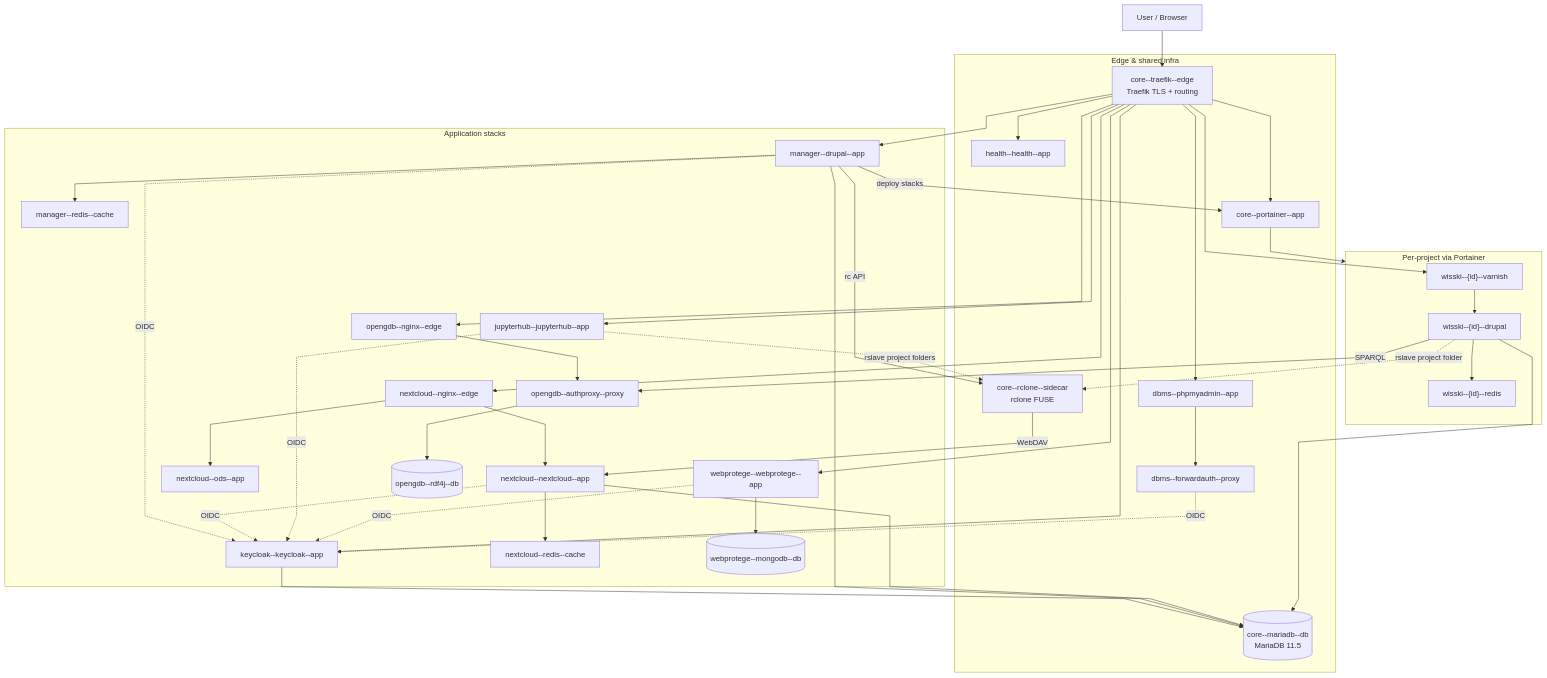
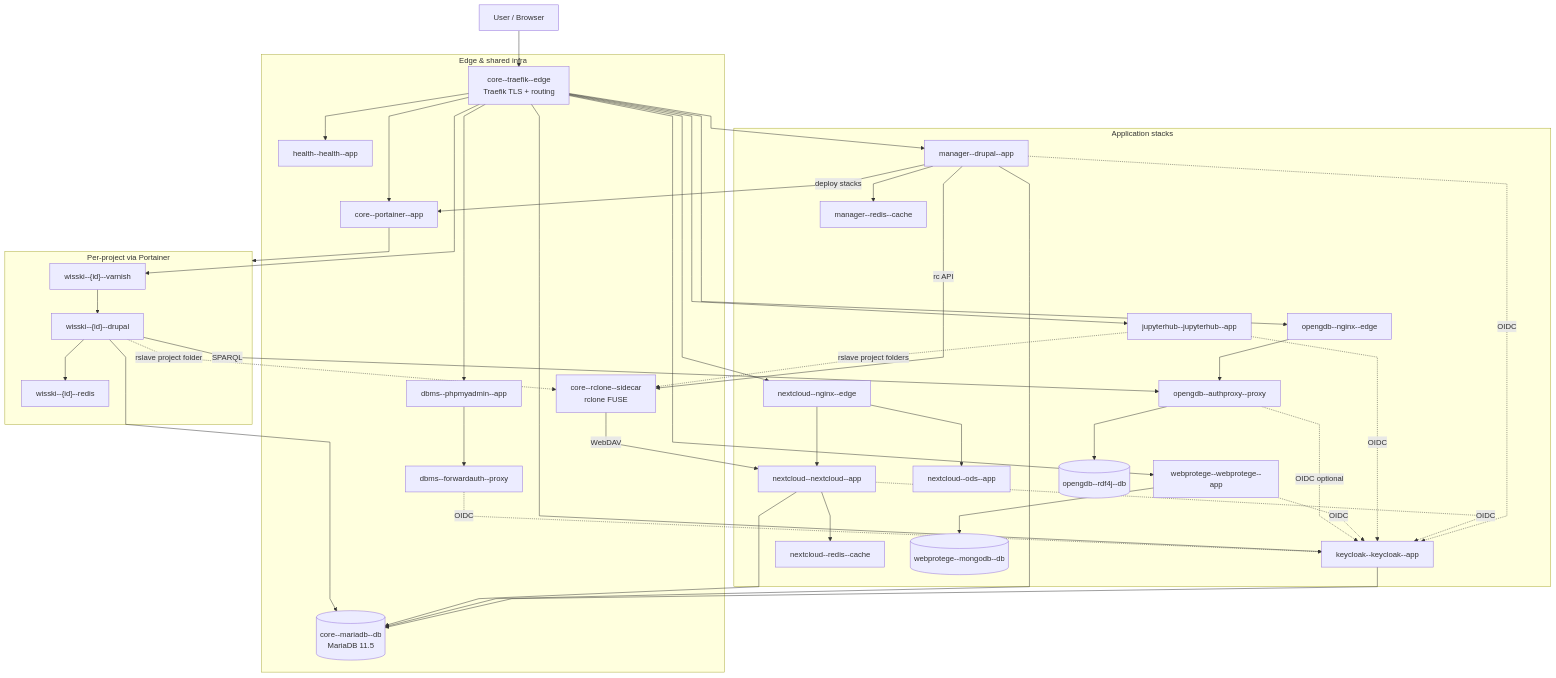
The second of 8 diagrams in docs/en/technical/service-infrastructure/architecture-overview.md (soda-collections-objects-data-literacy/soda_scs_manager_deployment), drawn with Mermaid before and after one commit. The commit also changed other lines of this file and 15 other files, not shown here.

````diff
--- a/docs/en/technical/service-infrastructure/architecture-overview.md
+++ b/docs/en/technical/service-infrastructure/architecture-overview.md
@@ -44,80 +44,81 @@
 ```mermaid
 %%{init: {"flowchart": {"curve": "linear"}} }%%
 flowchart TB
   User[User / Browser]
 
   subgraph Edge["Edge & shared infra"]
     Traefik[core--traefik--edge<br/>Traefik TLS + routing]
     DB[(core--mariadb--db<br/>MariaDB 11.5)]
     Portainer[core--portainer--app]
     PMA[dbms--phpmyadmin--app]
     FwdAuth[dbms--forwardauth--proxy]
     Mounter[core--rclone--sidecar<br/>rclone FUSE]
     Health[health--health--app]
   end
 
   subgraph Apps["Application stacks"]
     KC[keycloak--keycloak--app]
     Mgr[manager--drupal--app]
     MgrRedis[manager--redis--cache]
     NC[nextcloud--nextcloud--app]
     NCRP[nextcloud--nginx--edge]
     OO[nextcloud--ods--app]
     NCRedis[nextcloud--redis--cache]
     JH[jupyterhub--jupyterhub--app]
     WP[webprotege--webprotege--app]
     WPMongo[(webprotege--mongodb--db)]
     OGEdge[opengdb--nginx--edge]
     OGAuth[opengdb--authproxy--proxy]
     OGRDF[(opengdb--rdf4j--db)]
   end
 
   subgraph WissKI["Per-project via Portainer"]
     WVarnish["wisski--{id}--varnish"]
     WDrupal["wisski--{id}--drupal"]
     WRedis["wisski--{id}--redis"]
   end
 
   User --> Traefik
   Traefik --> KC
   Traefik --> Mgr
   Traefik --> NCRP
   Traefik --> JH
   Traefik --> WP
   Traefik --> OGEdge
   Traefik --> Portainer
   Traefik --> PMA
   Traefik --> Health
   Traefik --> WVarnish
 
   KC --> DB
   Mgr --> DB
   NC --> DB
   WDrupal --> DB
 
   Mgr -.->|OIDC| KC
   NC -.->|OIDC| KC
   JH -.->|OIDC| KC
   WP -.->|OIDC| KC
+  OGAuth -.->|OIDC optional| KC
   FwdAuth -.->|OIDC| KC
   PMA --> FwdAuth
 
   NCRP --> NC
   NCRP --> OO
   Mgr --> MgrRedis
   NC --> NCRedis
   WP --> WPMongo
   WVarnish --> WDrupal
   WDrupal --> WRedis
 
   OGEdge --> OGAuth
   OGAuth --> OGRDF
 
   Mgr -->|rc API| Mounter
   Mounter -->|WebDAV| NC
   JH -.->|rslave project folders| Mounter
   WDrupal -.->|rslave project folder| Mounter
   Mgr -->|deploy stacks| Portainer
   Portainer --> WissKI
   WDrupal -->|SPARQL| OGAuth
 ```
````
